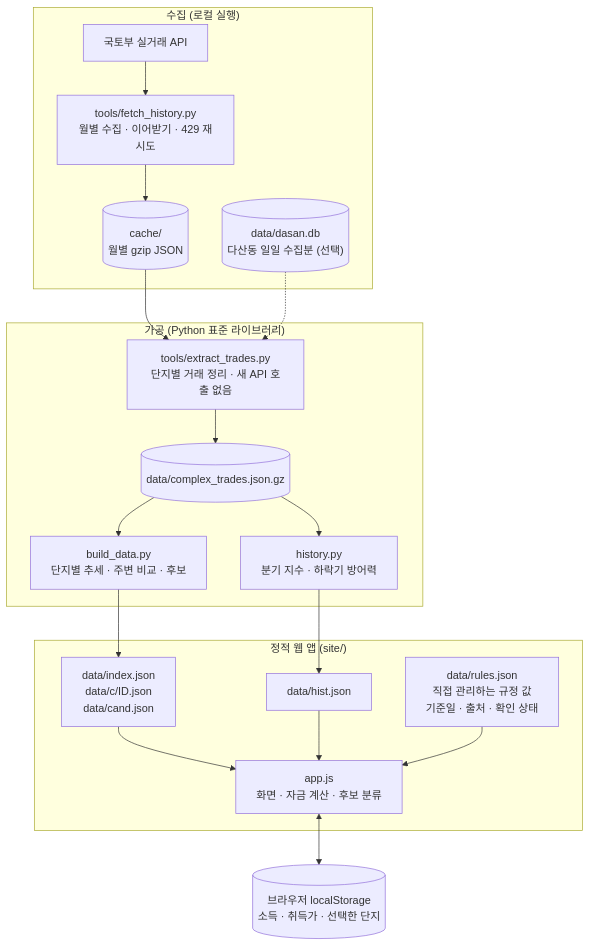
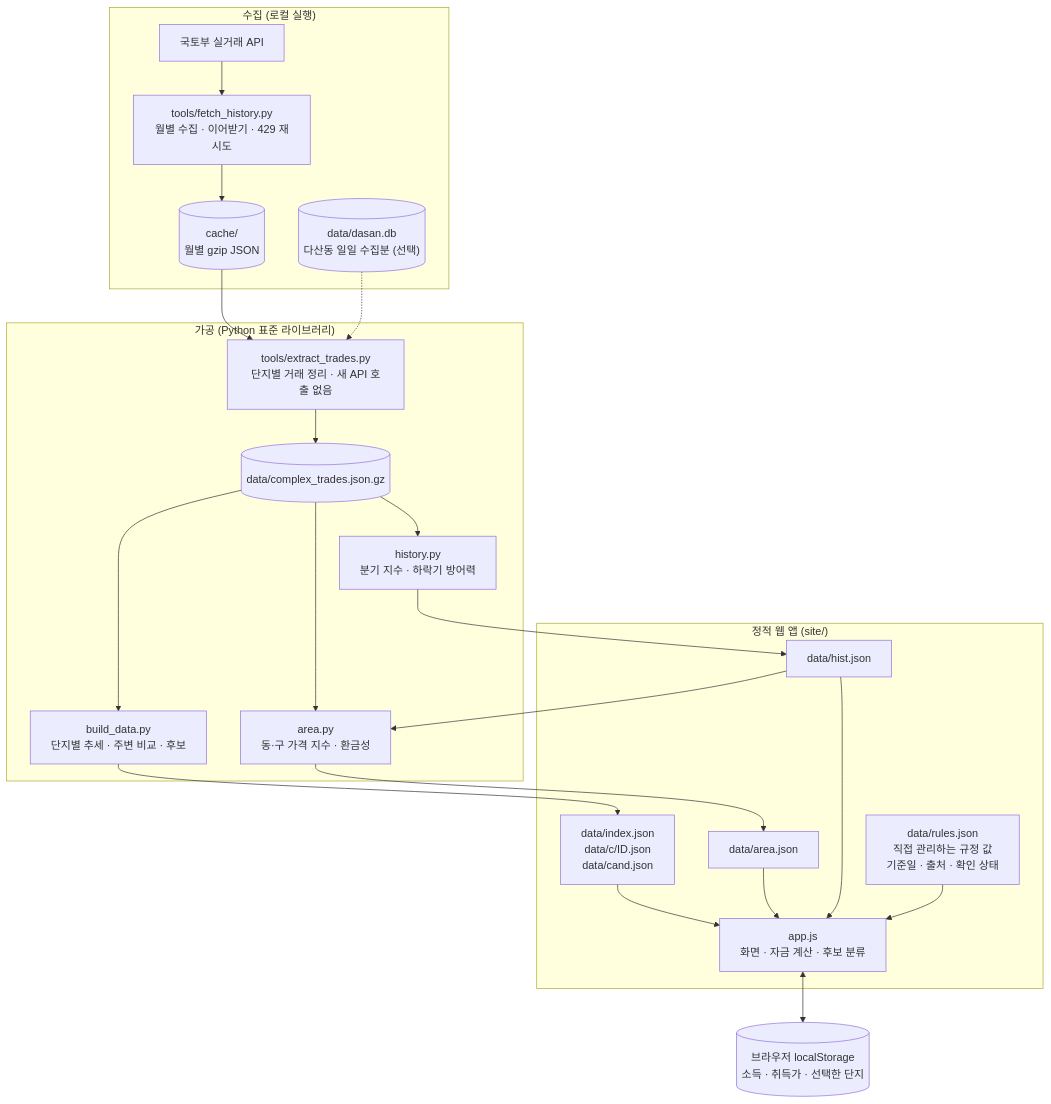
The second of 2 diagrams in README.md (kaylee125/a2b-proto), drawn with Mermaid before and after one commit. The commit also changed other lines of this file and 6 other files, not shown here.

````diff
--- a/README.md
+++ b/README.md
@@ -81,35 +87,39 @@
 ```mermaid
 flowchart TD
     subgraph COLLECT["수집 (로컬 실행)"]
         API["국토부 실거래 API"]
         FH["tools/fetch_history.py<br/>월별 수집 · 이어받기 · 429 재시도"]
         CACHE[("cache/<br/>월별 gzip JSON")]
         DB[("data/dasan.db<br/>다산동 일일 수집분 (선택)")]
     end
 
     subgraph BUILD["가공 (Python 표준 라이브러리)"]
         EX["tools/extract_trades.py<br/>단지별 거래 정리 · 새 API 호출 없음"]
         TR[("data/complex_trades.json.gz")]
         BD["build_data.py<br/>단지별 추세 · 주변 비교 · 후보"]
         HI["history.py<br/>분기 지수 · 하락기 방어력"]
+        AR["area.py<br/>동·구 가격 지수 · 환금성"]
     end
 
     subgraph WEB["정적 웹 앱 (site/)"]
         IDX["data/index.json<br/>data/c/ID.json<br/>data/cand.json"]
         HJ["data/hist.json"]
+        AJ["data/area.json"]
         RULES["data/rules.json<br/>직접 관리하는 규정 값<br/>기준일 · 출처 · 확인 상태"]
         APP["app.js<br/>화면 · 자금 계산 · 후보 분류"]
     end
 
     LS[("브라우저 localStorage<br/>소득 · 취득가 · 선택한 단지")]
 
     API --> FH --> CACHE --> EX
     DB -.-> EX
     EX --> TR
     TR --> BD --> IDX
     TR --> HI --> HJ
     IDX --> APP
+    TR --> AR --> AJ --> APP
+    HJ --> AR
     HJ --> APP
     RULES --> APP
     APP <--> LS
 ```
````
